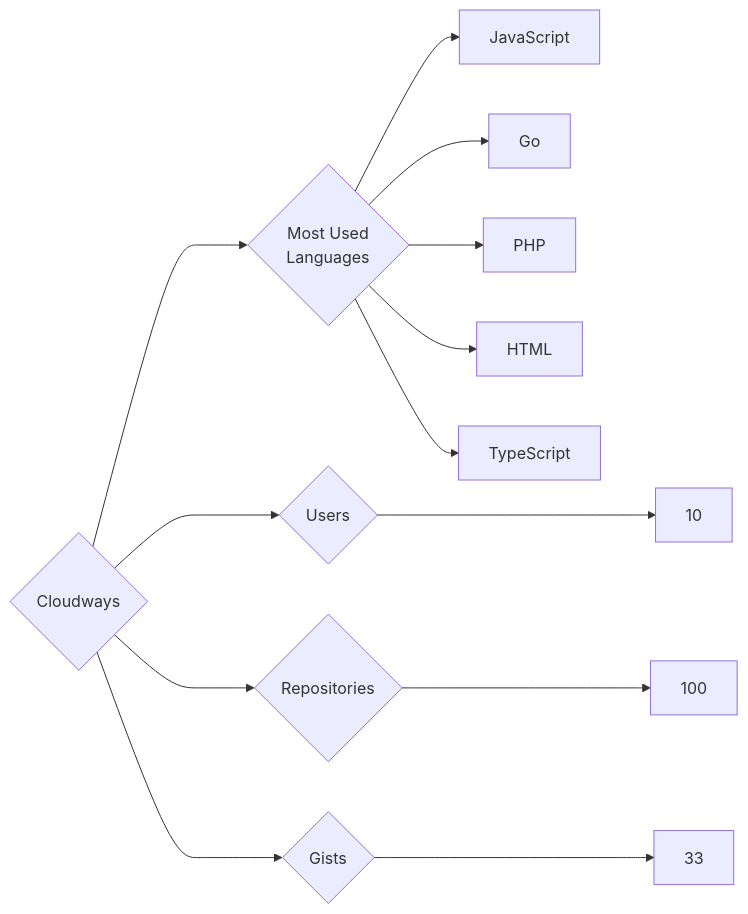
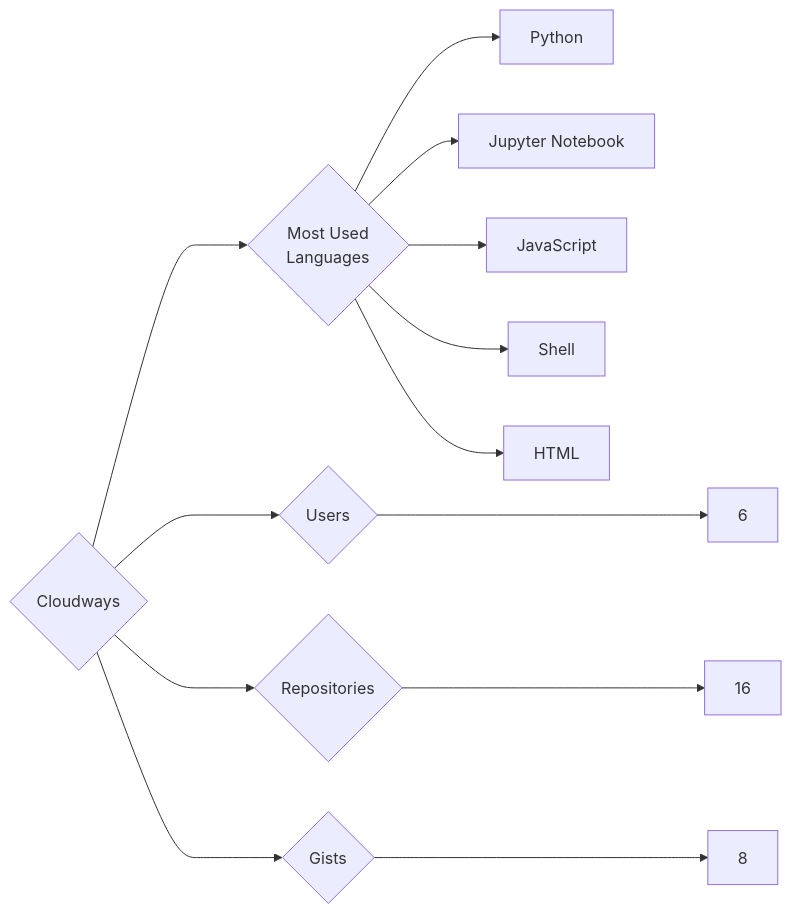
Before and after one commit to trickest/insiders: the diagram in targets/Cloudways/README.md, drawn with Mermaid. The commit also changed 1088 other files, not shown here.

````diff
--- a/targets/Cloudways/README.md
+++ b/targets/Cloudways/README.md
@@ -3,13 +3,13 @@
 ```mermaid
 graph LR
 COMPANY_NAME{Cloudways}
-COMPANY_NAME ---> U{Users} ---> UN[10]
-COMPANY_NAME ---> R{Repositories} ---> RN[100]
-COMPANY_NAME ---> G{Gists} ---> GN[33]
+COMPANY_NAME ---> U{Users} ---> UN[6]
+COMPANY_NAME ---> R{Repositories} ---> RN[16]
+COMPANY_NAME ---> G{Gists} ---> GN[8]
 COMPANY_NAME ---> ML{Most Used<br>Languages}
+ML --> Python[Python]
+ML --> Jupyter_Notebook[Jupyter Notebook]
 ML --> JavaScript[JavaScript]
-ML --> Go[Go]
-ML --> PHP[PHP]
+ML --> Shell[Shell]
 ML --> HTML[HTML]
-ML --> TypeScript[TypeScript]
 ```
````
